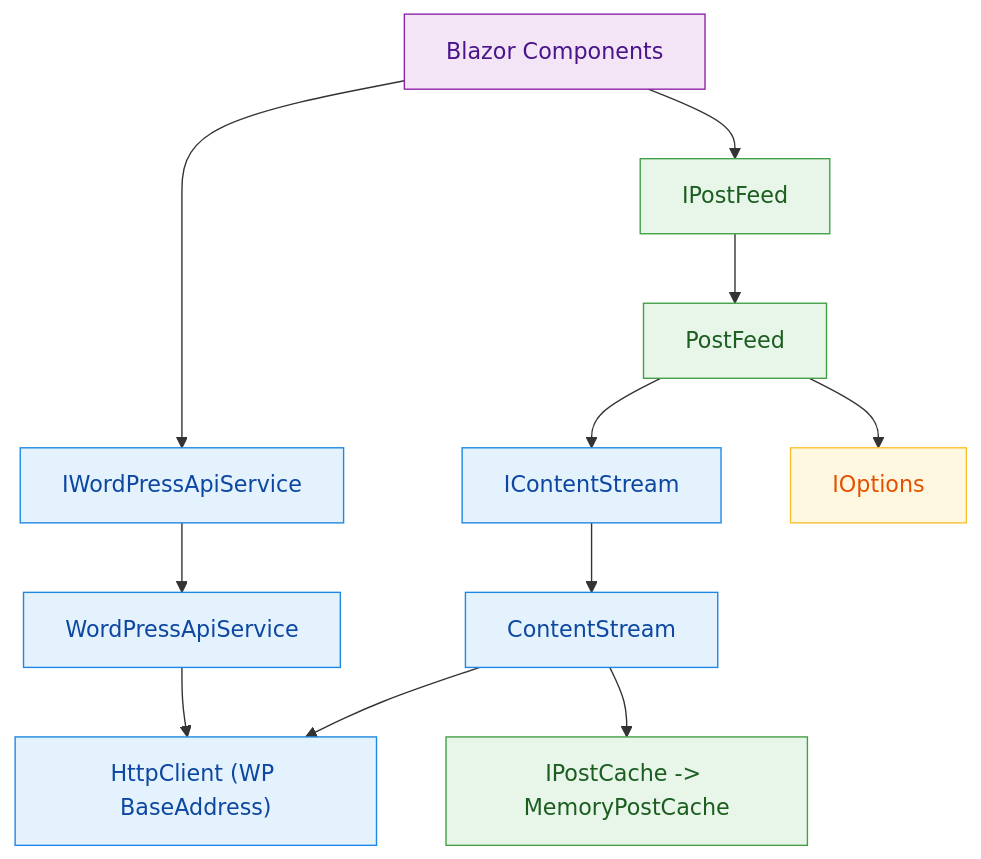
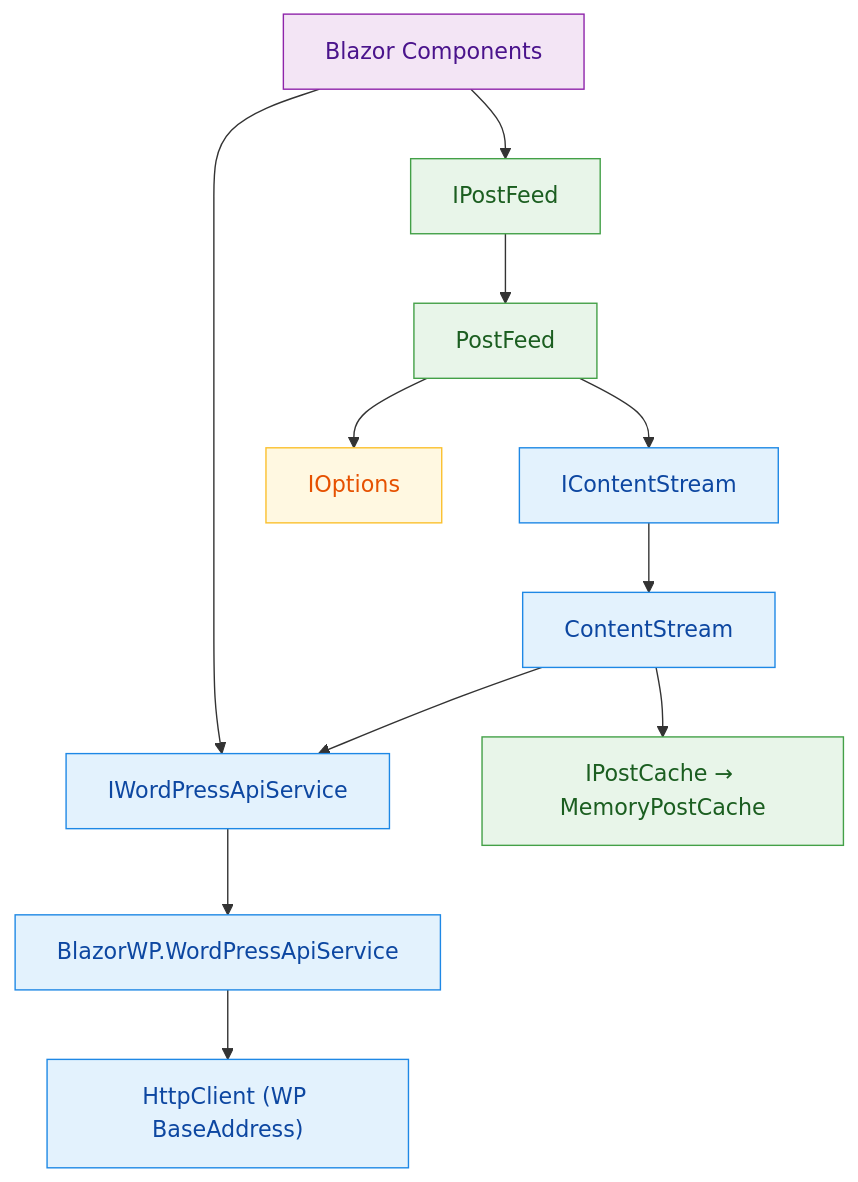
Before and after one commit to tng-coop/wp-yasuaki: the second of 2 diagrams in e2e/blazor_wp_di_hierarchy_mermaid.md, drawn with Mermaid. The commit also changed other lines of this file, not shown here.

````diff
--- a/e2e/blazor_wp_di_hierarchy_mermaid.md
+++ b/e2e/blazor_wp_di_hierarchy_mermaid.md
@@ -39,33 +47,36 @@
 ```mermaid
 graph TD
   classDef scoped fill:#e3f2fd,stroke:#1e88e5,color:#0d47a1;
   classDef singleton fill:#e8f5e9,stroke:#43a047,color:#1b5e20;
   classDef options fill:#fff8e1,stroke:#fbc02d,color:#e65100;
   classDef component fill:#f3e5f5,stroke:#8e24aa,color:#4a148c;
 
   C["Blazor Components"]:::component
 
   IApi["IWordPressApiService"]:::scoped
-  Api["WordPressApiService"]:::scoped
+  Api["BlazorWP.WordPressApiService"]:::scoped
   HCWP["HttpClient (WP BaseAddress)"]:::scoped
 
   IFeed["IPostFeed"]:::singleton
   Feed["PostFeed"]:::singleton
   IStream["IContentStream"]:::scoped
   Stream["ContentStream"]:::scoped
-  Cache["IPostCache -> MemoryPostCache"]:::singleton
+  Cache["IPostCache → MemoryPostCache"]:::singleton
   SOpts["IOptions<StreamOptions>"]:::options
 
+  %% Consumers
   C --> IFeed
+  C --> IApi
+
+  %% Feed wiring
   IFeed --> Feed
   Feed --> IStream
   Feed --> SOpts
 
   IStream --> Stream
-  Stream --> HCWP
+  Stream --> IApi
   Stream --> Cache
 
+  IApi --> Api
   Api --> HCWP
-  C --> IApi
-  IApi --> Api
 ```
````
